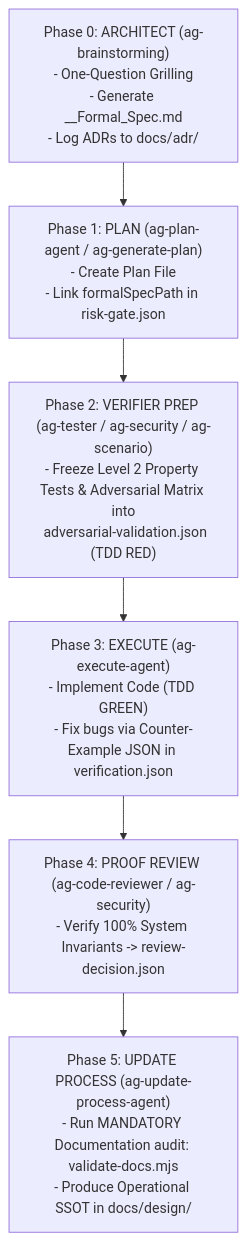
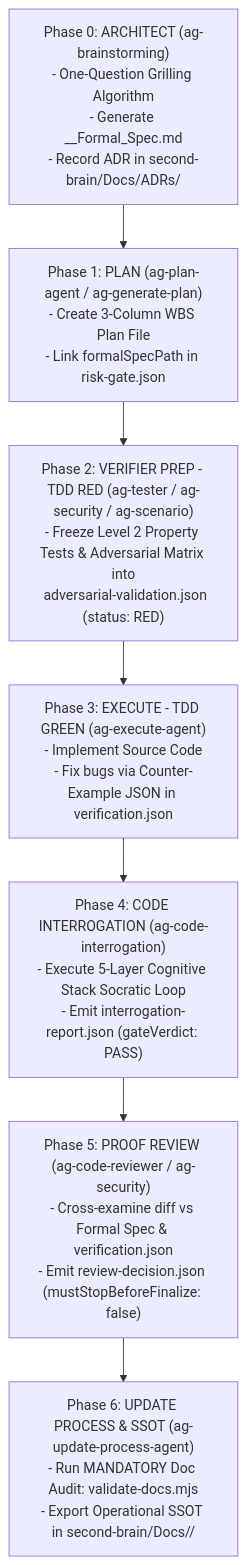
Before and after one commit to ngxccc/agent-skills-kit: the diagram in README.md, drawn with Mermaid. The commit also changed other lines of this file and 2 other files, not shown here.

Commit message:
docs(repo): update README, CONTRIBUTING, and LICENSE documentation

````diff
--- a/README.md
+++ b/README.md
@@ -62,8 +63,9 @@
 ```mermaid
 flowchart TD
-    Phase0["Phase 0: ARCHITECT (ag-brainstorming)\n- One-Question Grilling\n- Generate <Feature>_<Topic>_Formal_Spec.md\n- Log ADRs to docs/adr/"] --> Phase1["Phase 1: PLAN (ag-plan-agent / ag-generate-plan)\n- Create Plan File\n- Link formalSpecPath in risk-gate.json"]
-    Phase1 --> Phase2["Phase 2: VERIFIER PREP (ag-tester / ag-security / ag-scenario)\n- Freeze Level 2 Property Tests & Adversarial Matrix into\n  adversarial-validation.json (TDD RED)"]
-    Phase2 --> Phase3["Phase 3: EXECUTE (ag-execute-agent)\n- Implement Code (TDD GREEN)\n- Fix bugs via Counter-Example JSON in verification.json"]
-    Phase3 --> Phase4["Phase 4: PROOF REVIEW (ag-code-reviewer / ag-security)\n- Verify 100% System Invariants -> review-decision.json"]
-    Phase4 --> Phase5["Phase 5: UPDATE PROCESS (ag-update-process-agent)\n- Run MANDATORY Documentation audit: validate-docs.mjs\n- Produce Operational SSOT in docs/design/"]
+    Phase0["Phase 0: ARCHITECT (ag-brainstorming)\n- One-Question Grilling Algorithm\n- Generate <Feature>_<Topic>_Formal_Spec.md\n- Record ADR in second-brain/Docs/ADRs/"] --> Phase1["Phase 1: PLAN (ag-plan-agent / ag-generate-plan)\n- Create 3-Column WBS Plan File\n- Link formalSpecPath in risk-gate.json"]
+    Phase1 --> Phase2["Phase 2: VERIFIER PREP - TDD RED (ag-tester / ag-security / ag-scenario)\n- Freeze Level 2 Property Tests & Adversarial Matrix into\n  adversarial-validation.json (status: RED)"]
+    Phase2 --> Phase3["Phase 3: EXECUTE - TDD GREEN (ag-execute-agent)\n- Implement Source Code\n- Fix bugs via Counter-Example JSON in verification.json"]
+    Phase3 --> Phase4["Phase 4: CODE INTERROGATION (ag-code-interrogation)\n- Execute 5-Layer Cognitive Stack Socratic Loop\n- Emit interrogation-report.json (gateVerdict: PASS)"]
+    Phase4 --> Phase5["Phase 5: PROOF REVIEW (ag-code-reviewer / ag-security)\n- Cross-examine diff vs Formal Spec & verification.json\n- Emit review-decision.json (mustStopBeforeFinalize: false)"]
+    Phase5 --> Phase6["Phase 6: UPDATE PROCESS & SSOT (ag-update-process-agent)\n- Run MANDATORY Doc Audit: validate-docs.mjs\n- Export Operational SSOT in second-brain/Docs/<Topic>/"]
 ```
````
